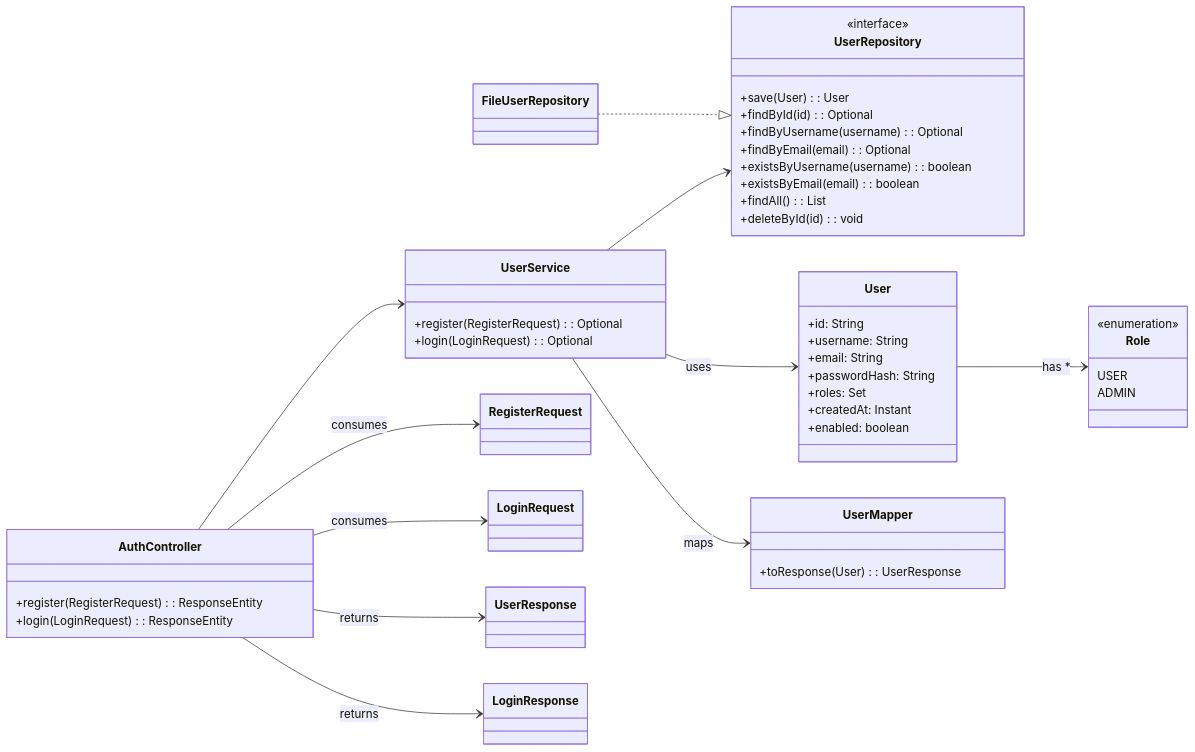
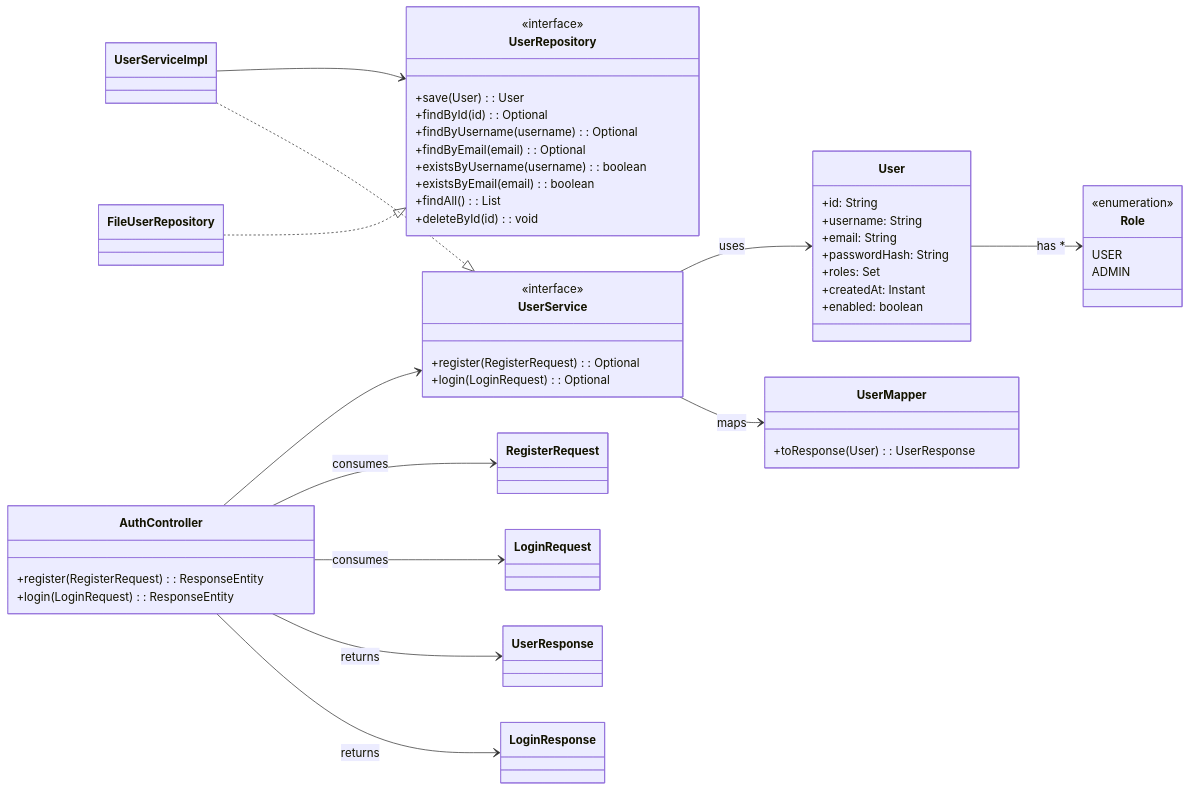
The first of 2 diagrams in Lab 4/CONTENTS.md (Curs-DevOps/Full-Labs), drawn with Mermaid before and after one commit. The commit also changed other lines of this file, not shown here.

````diff
--- a/Lab 4/CONTENTS.md
+++ b/Lab 4/CONTENTS.md
@@ -68,65 +68,70 @@
 ```mermaid
 classDiagram
     direction LR
 
     class AuthController {
         +register(RegisterRequest): ResponseEntity
         +login(LoginRequest): ResponseEntity
     }
 
     class UserService {
+        <<interface>>
         +register(RegisterRequest): Optional<UserResponse>
         +login(LoginRequest): Optional<UserResponse>
+    }
+
+    class UserServiceImpl {
     }
 
     class UserRepository {
         <<interface>>
         +save(User): User
         +findById(id): Optional<User>
         +findByUsername(username): Optional<User>
         +findByEmail(email): Optional<User>
         +existsByUsername(username): boolean
         +existsByEmail(email): boolean
         +findAll(): List<User>
         +deleteById(id): void
     }
 
     class FileUserRepository {
     }
 
     class User {
         +id: String
         +username: String
         +email: String
         +passwordHash: String
         +roles: Set<Role>
         +createdAt: Instant
         +enabled: boolean
     }
 
     class Role {
         <<enumeration>>
         USER
         ADMIN
     }
 
     class RegisterRequest
     class LoginRequest
     class UserResponse
     class LoginResponse
     class UserMapper {
         +toResponse(User): UserResponse
     }
 
     AuthController --> UserService
-    UserService --> UserRepository
+    UserServiceImpl --> UserRepository
+    UserServiceImpl ..|> UserService
     FileUserRepository ..|> UserRepository
     UserService --> User : uses
     UserService --> UserMapper : maps
     AuthController --> RegisterRequest : consumes
     AuthController --> LoginRequest : consumes
     AuthController --> UserResponse : returns
     AuthController --> LoginResponse : returns
     User --> Role : has *
 
 ```
````
